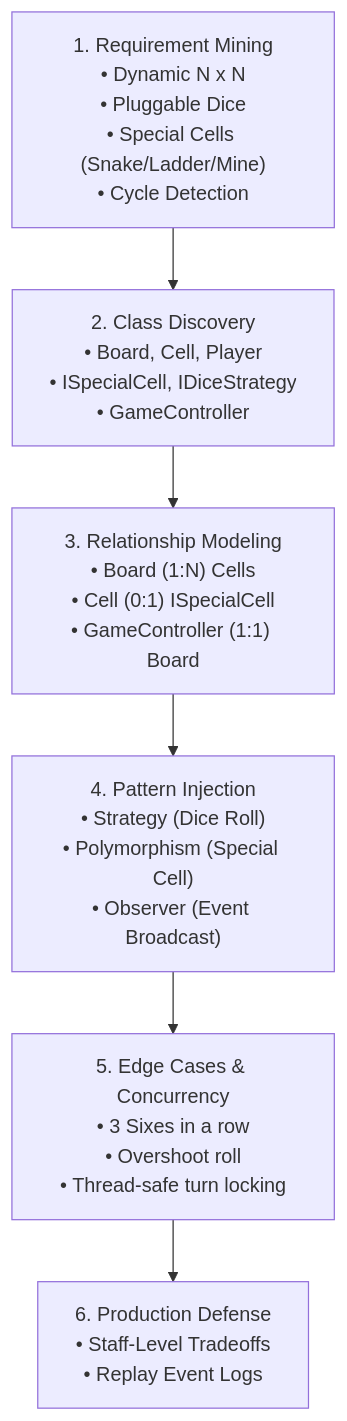
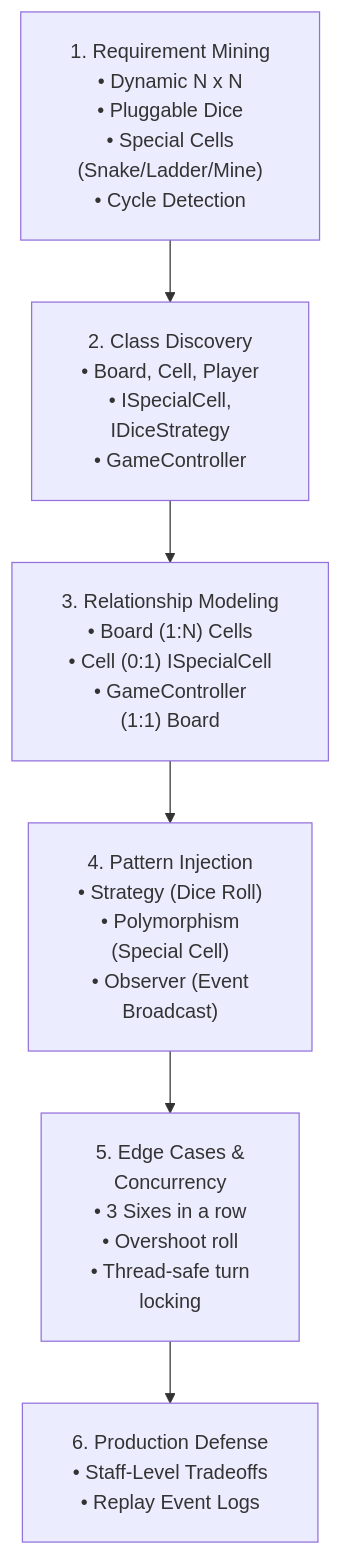
The first of 2 diagrams in LLD/02_Tier2_Classic_LLD/23_Snake_and_Ladder.md (dip4k/DSA_102), drawn with Mermaid before and after one commit. The commit also changed 108 other files, not shown here.

First line of the commit message:
fix(mermaid): resolve diagram clipping, padding, and syntax issues across repo

````diff
--- a/LLD/02_Tier2_Classic_LLD/23_Snake_and_Ladder.md
+++ b/LLD/02_Tier2_Classic_LLD/23_Snake_and_Ladder.md
@@ -55,8 +55,9 @@
 ```mermaid
+%%{init: {"flowchart": {"htmlLabels": true, "padding": 20}}}%%
 flowchart TD
-    A["1. Requirement Mining<br/>• Dynamic N x N<br/>• Pluggable Dice<br/>• Special Cells (Snake/Ladder/Mine)<br/>• Cycle Detection"] --> B["2. Class Discovery<br/>• Board, Cell, Player<br/>• ISpecialCell, IDiceStrategy<br/>• GameController"]
-    B --> C["3. Relationship Modeling<br/>• Board (1:N) Cells<br/>• Cell (0:1) ISpecialCell<br/>• GameController (1:1) Board"]
-    C --> D["4. Pattern Injection<br/>• Strategy (Dice Roll)<br/>• Polymorphism (Special Cell)<br/>• Observer (Event Broadcast)"]
-    D --> E["5. Edge Cases & Concurrency<br/>• 3 Sixes in a row<br/>• Overshoot roll<br/>• Thread-safe turn locking"]
+    A["1. Requirement Mining<br/>• Dynamic N x N<br/>• Pluggable Dice<br/>• Special Cells<br/>(Snake/Ladder/Mine)<br/>• Cycle Detection"] --> B["2. Class Discovery<br/>• Board, Cell, Player<br/>• ISpecialCell,<br/>IDiceStrategy<br/>• GameController"]
+    B --> C["3. Relationship Modeling<br/>• Board (1:N) Cells<br/>• Cell (0:1) ISpecialCell<br/>• GameController<br/>(1:1) Board"]
+    C --> D["4. Pattern Injection<br/>• Strategy (Dice Roll)<br/>• Polymorphism<br/>(Special Cell)<br/>• Observer (Event<br/>Broadcast)"]
+    D --> E["5. Edge Cases &<br/>Concurrency<br/>• 3 Sixes in a row<br/>• Overshoot roll<br/>• Thread-safe turn<br/>locking"]
     E --> F["6. Production Defense<br/>• Staff-Level Tradeoffs<br/>• Replay Event Logs"]
 ```
````
